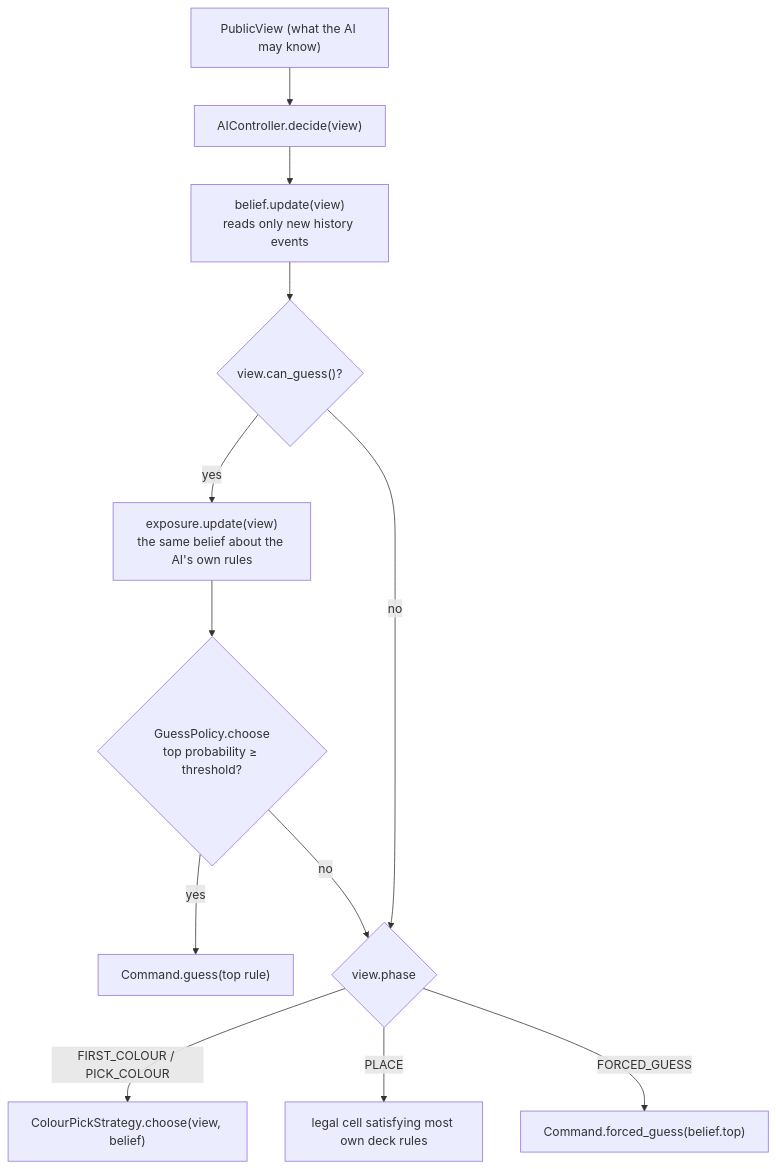
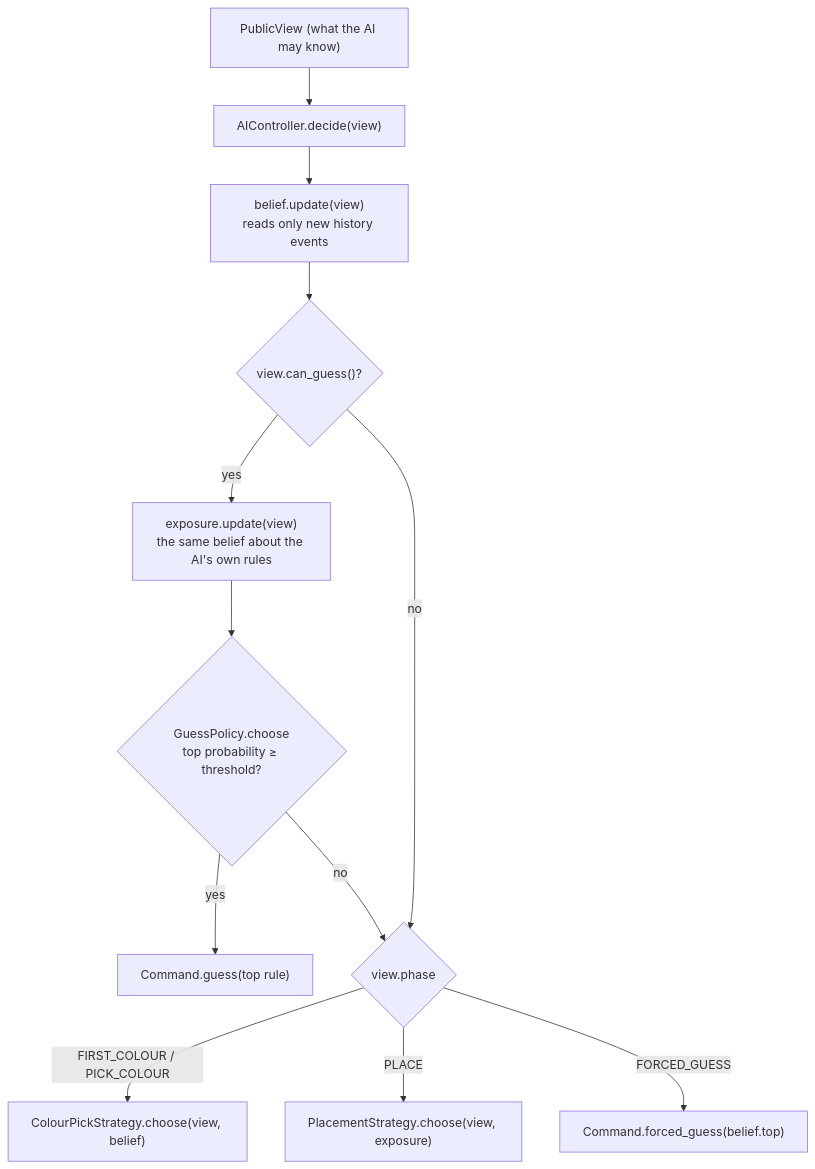
The diagram in docs/ai-internals.md (BlueDespero/Ballen), drawn with Mermaid before and after one commit. The commit also changed other lines of this file and 2 other files, not shown here.

First line of the commit message:
Document Normal's hiding placement

````diff
--- a/docs/ai-internals.md
+++ b/docs/ai-internals.md
@@ -71,14 +73,14 @@
 ```mermaid
 flowchart TD
     view["PublicView (what the AI may know)"] --> decide["AIController.decide(view)"]
     decide --> upd["belief.update(view)<br/>reads only new history events"]
     upd --> canguess{"view.can_guess()?"}
     canguess -- yes --> exp["exposure.update(view)<br/>the same belief about the AI's own rules"]
     exp --> policy{"GuessPolicy.choose<br/>top probability ≥ threshold?"}
     policy -- yes --> guess["Command.guess(top rule)"]
     policy -- no --> phase
     canguess -- no --> phase{"view.phase"}
     phase -- "FIRST_COLOUR / PICK_COLOUR" --> colour["ColourPickStrategy.choose(view, belief)"]
-    phase -- PLACE --> place["legal cell satisfying most own deck rules"]
+    phase -- PLACE --> place["PlacementStrategy.choose(view, exposure)"]
     phase -- FORCED_GUESS --> forced["Command.forced_guess(belief.top)"]
 ```
````
